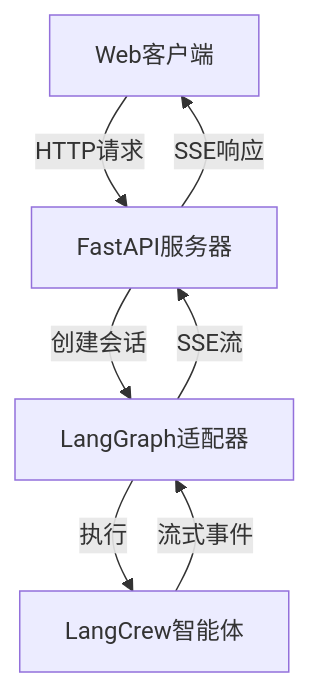
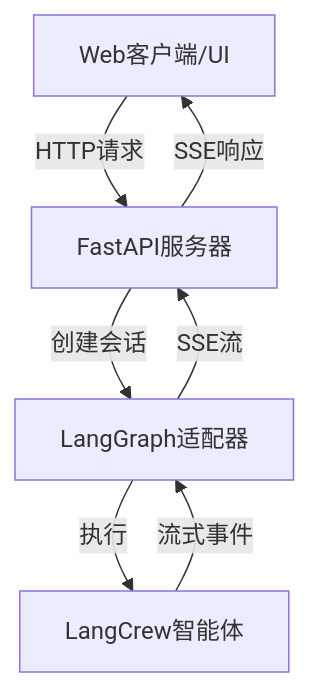
Before and after one commit to 01-ai/langcrew: the diagram in docs/src/content/docs/zh/concepts/web.mdx, drawn with Mermaid. The commit also changed other lines of this file and 5 other files, not shown here.

````diff
--- a/docs/src/content/docs/zh/concepts/web.mdx
+++ b/docs/src/content/docs/zh/concepts/web.mdx
@@ -38,9 +39,9 @@
 ```mermaid
 graph TD
-    A[Web客户端] -->|HTTP请求| B[FastAPI服务器]
+    A[Web客户端/UI] -->|HTTP请求| B[FastAPI服务器]
     B -->|创建会话| C[LangGraph适配器]
     C -->|执行| D[LangCrew智能体]
     D -->|流式事件| C
     C -->|SSE流| B
     B -->|SSE响应| A
 ```
````
